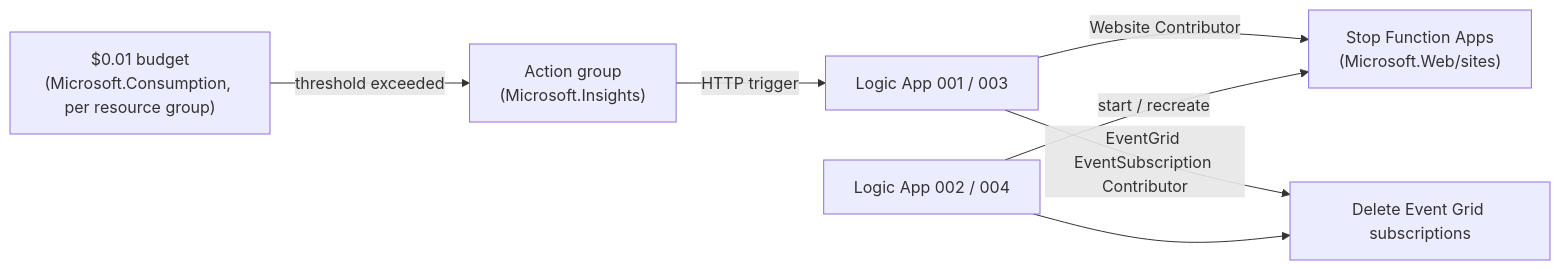
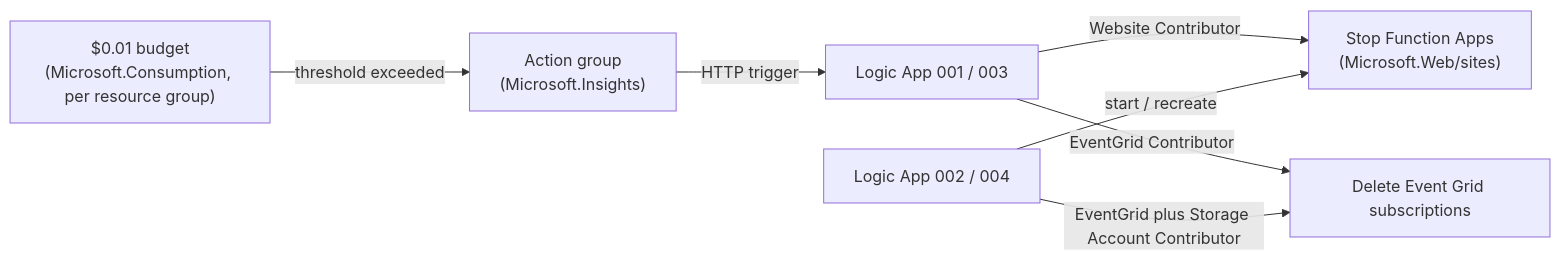
One commit to Esposter/Esposter changed the diagram in packages/app/content/docs/infra/optimization-review.md. Above: the diagram before and after it, drawn with Mermaid. The commit also changed other lines of this file and 1 other file, not shown here.

Commit message:
docs: record the scopes the budget guard's Logic Apps actually need
The recreate half authorises its dead-letter destination as a linked scope, and
a subscription under a topic is a different resource type from the standalone
one, so neither scope is the one the narrower role name suggests.

````diff
--- a/packages/app/content/docs/infra/optimization-review.md
+++ b/packages/app/content/docs/infra/optimization-review.md
@@ -18,9 +20,9 @@
 ```mermaid
 flowchart LR
   budget["$0.01 budget<br/>(Microsoft.Consumption, per resource group)"] -->|threshold exceeded| actionGroup["Action group<br/>(Microsoft.Insights)"]
   actionGroup -->|HTTP trigger| stopLogic["Logic App 001 / 003"]
   stopLogic -->|Website Contributor| functionApps["Stop Function Apps<br/>(Microsoft.Web/sites)"]
-  stopLogic -->|EventGrid EventSubscription Contributor| eventSubs["Delete Event Grid subscriptions"]
+  stopLogic -->|EventGrid Contributor| eventSubs["Delete Event Grid subscriptions"]
   restoreLogic["Logic App 002 / 004"] -->|start / recreate| functionApps
-  restoreLogic --> eventSubs
+  restoreLogic -->|EventGrid plus Storage Account Contributor| eventSubs
 ```
````
